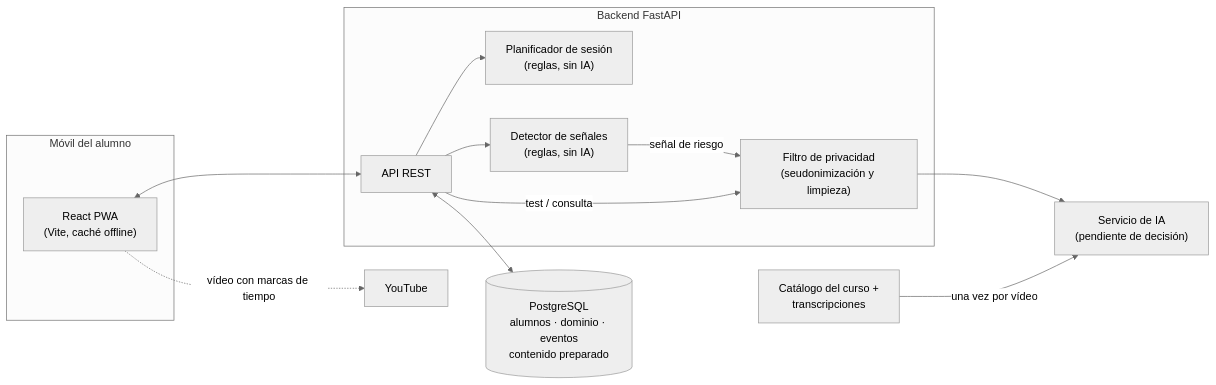
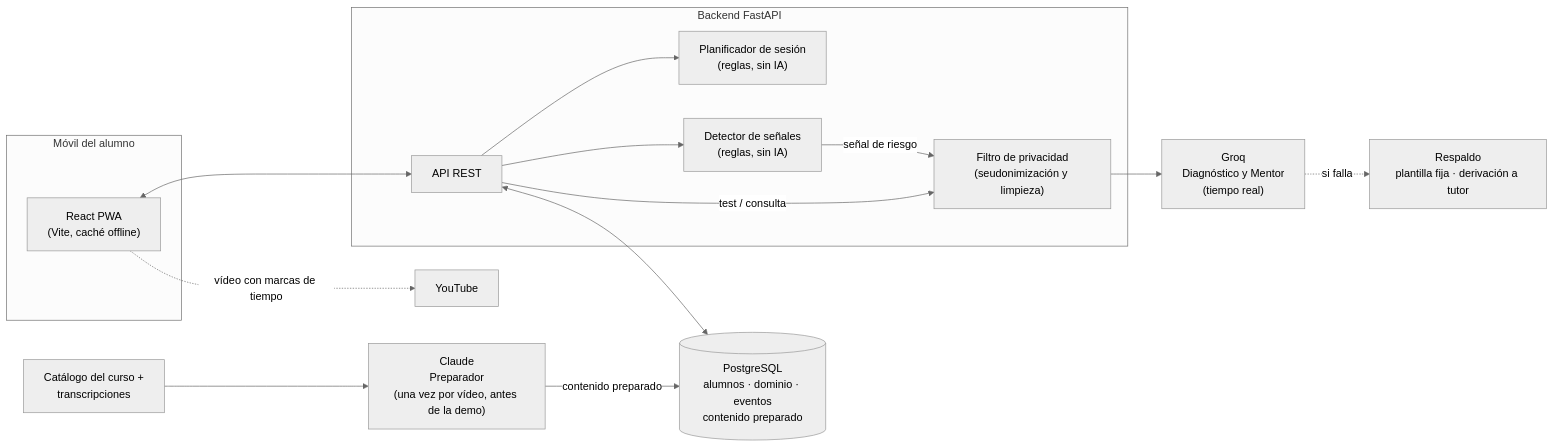
Before and after one commit to Daniel-al435456/Reto480EquipoC: the diagram in propuestas/datos-y-privacidad.md, drawn with Mermaid (neutral theme). The commit also changed other lines of this file and 8 other files, not shown here.

````diff
--- a/propuestas/datos-y-privacidad.md
+++ b/propuestas/datos-y-privacidad.md
@@ -7,29 +7,33 @@
 ```mermaid
 flowchart LR
   subgraph Movil["Móvil del alumno"]
     PWA["React PWA<br/>(Vite, caché offline)"]
   end
 
   subgraph Servidor["Backend FastAPI"]
     API["API REST"]
     PLAN["Planificador de sesión<br/>(reglas, sin IA)"]
     SEN["Detector de señales<br/>(reglas, sin IA)"]
     PRIV["Filtro de privacidad<br/>(seudonimización y limpieza)"]
   end
 
   DB[("PostgreSQL<br/>alumnos · dominio · eventos<br/>contenido preparado")]
 
-  IA["Servicio de IA<br/>(pendiente de decisión)"]
+  GROQ["Groq<br/>Diagnóstico y Mentor<br/>(tiempo real)"]
+  RESP["Respaldo<br/>plantilla fija · derivación a tutor"]
 
   CAT["Catálogo del curso +<br/>transcripciones"]
+  CLAUDE["Claude<br/>Preparador<br/>(una vez por vídeo, antes de la demo)"]
 
   PWA <--> API
   API --> PLAN
   API --> SEN
   API <--> DB
   SEN -- "señal de riesgo" --> PRIV
   API -- "test / consulta" --> PRIV
-  PRIV --> IA
-  CAT -- "una vez por vídeo" --> IA
+  PRIV --> GROQ
+  GROQ -. "si falla" .-> RESP
+  CAT --> CLAUDE
+  CLAUDE -- "contenido preparado" --> DB
   PWA -. "vídeo con marcas de tiempo" .-> YT["YouTube"]
 ```
````
